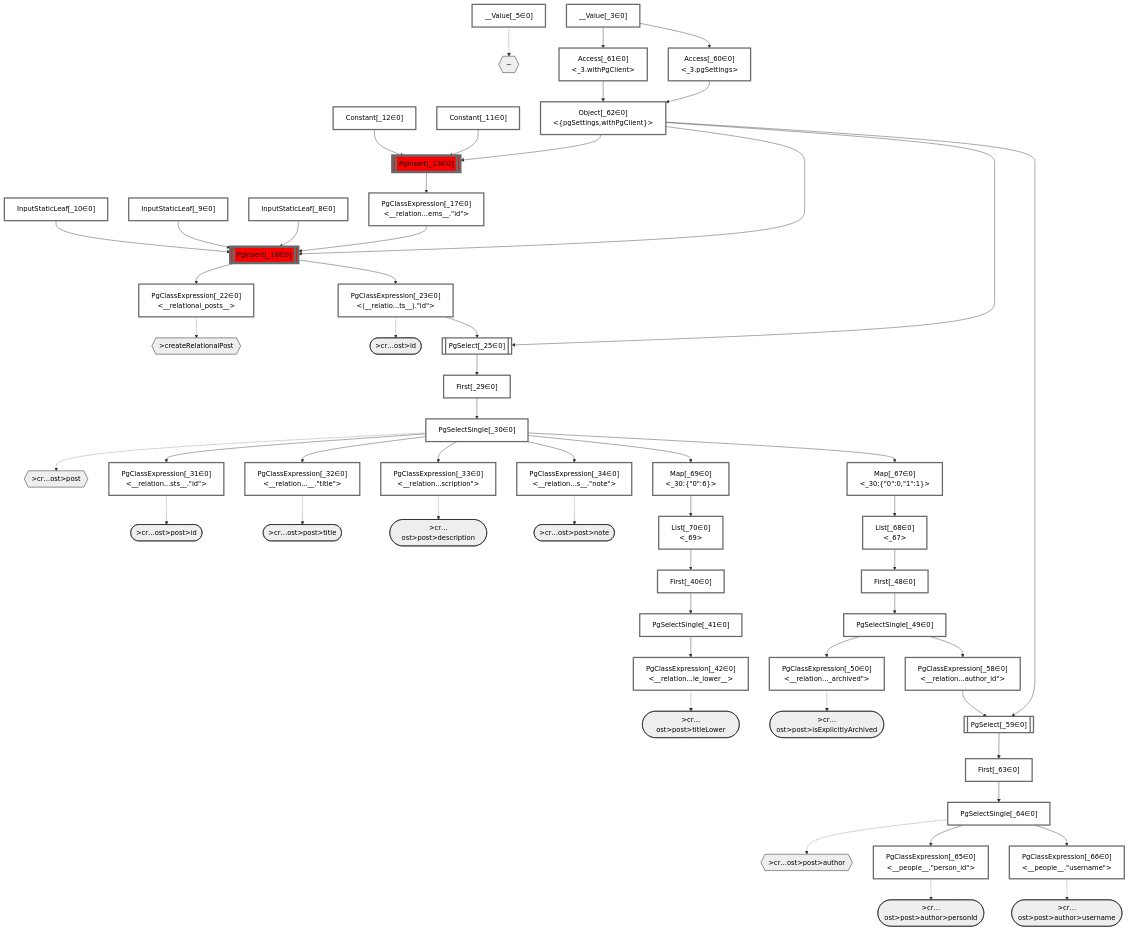
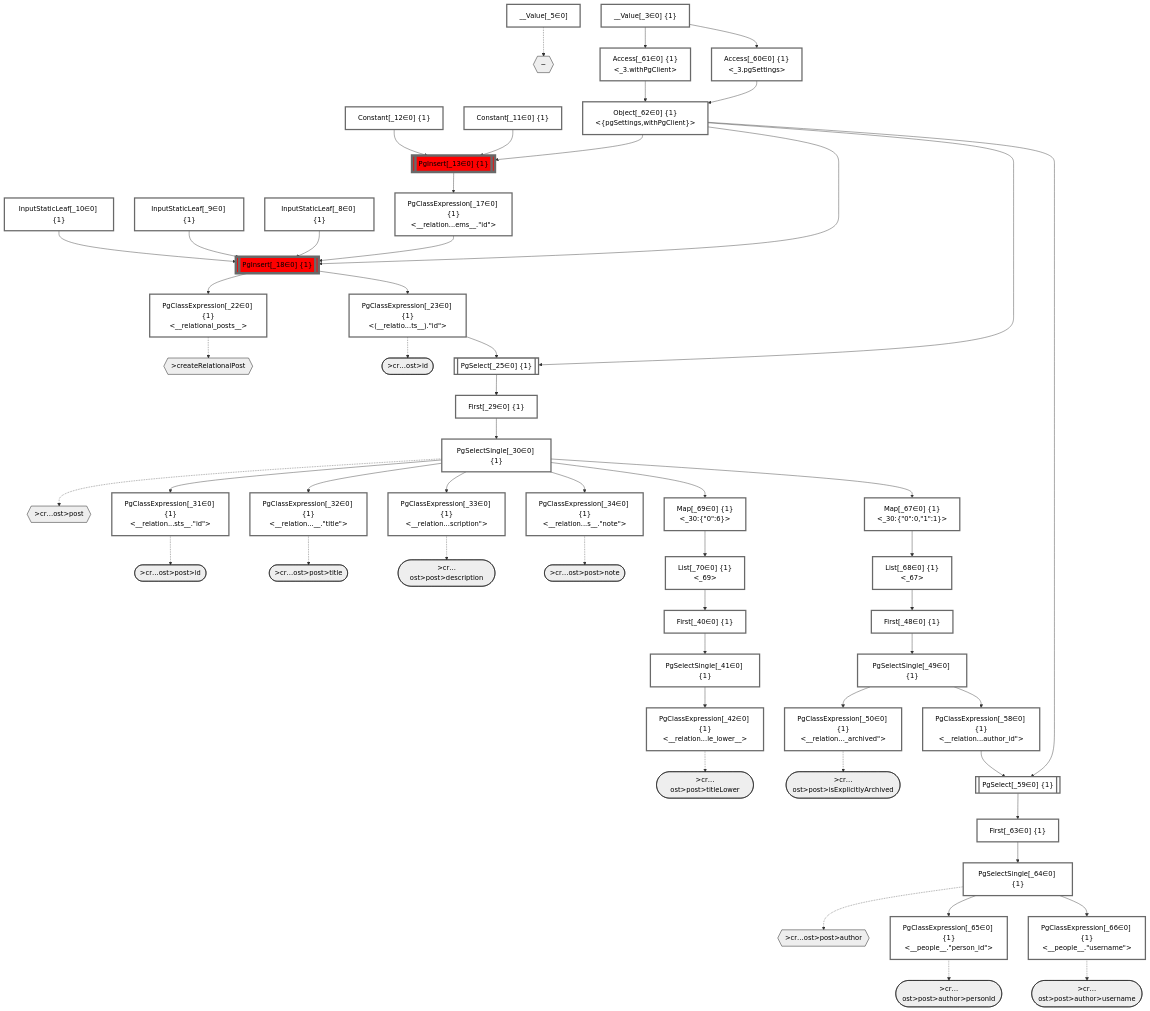
Before and after one commit to graphile/crystal: the diagram in packages/dataplan-pg/__tests__/mutations/basics/create-relational-post.deopt.mermaid.md, drawn with Mermaid. The commit also changed 46 other files, not shown here.

Commit message:
Add groupIds to plan graphs

```diff
--- a/packages/dataplan-pg/__tests__/mutations/basics/create-relational-post.deopt.mermaid.md
+++ b/packages/dataplan-pg/__tests__/mutations/basics/create-relational-post.deopt.mermaid.md
@@ -34,44 +34,44 @@
     %% end
 
     %% define plans
-    __Value_3["__Value[_3∈0]<br /><context>"]:::plan
+    __Value_3["__Value[_3∈0] {1}<br /><context>"]:::plan
     __Value_5["__Value[_5∈0]<br /><rootValue>"]:::plan
-    InputStaticLeaf_8["InputStaticLeaf[_8∈0]"]:::plan
-    InputStaticLeaf_9["InputStaticLeaf[_9∈0]"]:::plan
-    InputStaticLeaf_10["InputStaticLeaf[_10∈0]"]:::plan
-    Constant_11["Constant[_11∈0]"]:::plan
-    Constant_12["Constant[_12∈0]"]:::plan
-    PgInsert_13[["PgInsert[_13∈0]"]]:::sideeffectplan
-    PgClassExpression_17["PgClassExpression[_17∈0]<br /><__relation...ems__.#quot;id#quot;>"]:::plan
-    PgInsert_18[["PgInsert[_18∈0]"]]:::sideeffectplan
-    PgClassExpression_22["PgClassExpression[_22∈0]<br /><__relational_posts__>"]:::plan
-    PgClassExpression_23["PgClassExpression[_23∈0]<br /><(__relatio...ts__).#quot;id#quot;>"]:::plan
-    PgSelect_25[["PgSelect[_25∈0]<br /><relational_posts>"]]:::plan
-    First_29["First[_29∈0]"]:::plan
-    PgSelectSingle_30["PgSelectSingle[_30∈0]<br /><relational_posts>"]:::plan
-    PgClassExpression_31["PgClassExpression[_31∈0]<br /><__relation...sts__.#quot;id#quot;>"]:::plan
-    PgClassExpression_32["PgClassExpression[_32∈0]<br /><__relation...__.#quot;title#quot;>"]:::plan
-    PgClassExpression_33["PgClassExpression[_33∈0]<br /><__relation...scription#quot;>"]:::plan
-    PgClassExpression_34["PgClassExpression[_34∈0]<br /><__relation...s__.#quot;note#quot;>"]:::plan
-    First_40["First[_40∈0]"]:::plan
-    PgSelectSingle_41["PgSelectSingle[_41∈0]<br /><text>"]:::plan
-    PgClassExpression_42["PgClassExpression[_42∈0]<br /><__relation...le_lower__>"]:::plan
-    First_48["First[_48∈0]"]:::plan
-    PgSelectSingle_49["PgSelectSingle[_49∈0]<br /><relational_items>"]:::plan
-    PgClassExpression_50["PgClassExpression[_50∈0]<br /><__relation..._archived#quot;>"]:::plan
-    PgClassExpression_58["PgClassExpression[_58∈0]<br /><__relation...author_id#quot;>"]:::plan
-    PgSelect_59[["PgSelect[_59∈0]<br /><people>"]]:::plan
-    Access_60["Access[_60∈0]<br /><_3.pgSettings>"]:::plan
-    Access_61["Access[_61∈0]<br /><_3.withPgClient>"]:::plan
-    Object_62["Object[_62∈0]<br /><{pgSettings,withPgClient}>"]:::plan
-    First_63["First[_63∈0]"]:::plan
-    PgSelectSingle_64["PgSelectSingle[_64∈0]<br /><people>"]:::plan
-    PgClassExpression_65["PgClassExpression[_65∈0]<br /><__people__.#quot;person_id#quot;>"]:::plan
-    PgClassExpression_66["PgClassExpression[_66∈0]<br /><__people__.#quot;username#quot;>"]:::plan
-    Map_67["Map[_67∈0]<br /><_30:{#quot;0#quot;:0,#quot;1#quot;:1}>"]:::plan
-    List_68["List[_68∈0]<br /><_67>"]:::plan
-    Map_69["Map[_69∈0]<br /><_30:{#quot;0#quot;:6}>"]:::plan
-    List_70["List[_70∈0]<br /><_69>"]:::plan
+    InputStaticLeaf_8["InputStaticLeaf[_8∈0] {1}"]:::plan
+    InputStaticLeaf_9["InputStaticLeaf[_9∈0] {1}"]:::plan
+    InputStaticLeaf_10["InputStaticLeaf[_10∈0] {1}"]:::plan
+    Constant_11["Constant[_11∈0] {1}"]:::plan
+    Constant_12["Constant[_12∈0] {1}"]:::plan
+    PgInsert_13[["PgInsert[_13∈0] {1}"]]:::sideeffectplan
+    PgClassExpression_17["PgClassExpression[_17∈0] {1}<br /><__relation...ems__.#quot;id#quot;>"]:::plan
+    PgInsert_18[["PgInsert[_18∈0] {1}"]]:::sideeffectplan
+    PgClassExpression_22["PgClassExpression[_22∈0] {1}<br /><__relational_posts__>"]:::plan
+    PgClassExpression_23["PgClassExpression[_23∈0] {1}<br /><(__relatio...ts__).#quot;id#quot;>"]:::plan
+    PgSelect_25[["PgSelect[_25∈0] {1}<br /><relational_posts>"]]:::plan
+    First_29["First[_29∈0] {1}"]:::plan
+    PgSelectSingle_30["PgSelectSingle[_30∈0] {1}<br /><relational_posts>"]:::plan
+    PgClassExpression_31["PgClassExpression[_31∈0] {1}<br /><__relation...sts__.#quot;id#quot;>"]:::plan
+    PgClassExpression_32["PgClassExpression[_32∈0] {1}<br /><__relation...__.#quot;title#quot;>"]:::plan
+    PgClassExpression_33["PgClassExpression[_33∈0] {1}<br /><__relation...scription#quot;>"]:::plan
+    PgClassExpression_34["PgClassExpression[_34∈0] {1}<br /><__relation...s__.#quot;note#quot;>"]:::plan
+    First_40["First[_40∈0] {1}"]:::plan
+    PgSelectSingle_41["PgSelectSingle[_41∈0] {1}<br /><text>"]:::plan
+    PgClassExpression_42["PgClassExpression[_42∈0] {1}<br /><__relation...le_lower__>"]:::plan
+    First_48["First[_48∈0] {1}"]:::plan
+    PgSelectSingle_49["PgSelectSingle[_49∈0] {1}<br /><relational_items>"]:::plan
+    PgClassExpression_50["PgClassExpression[_50∈0] {1}<br /><__relation..._archived#quot;>"]:::plan
+    PgClassExpression_58["PgClassExpression[_58∈0] {1}<br /><__relation...author_id#quot;>"]:::plan
+    PgSelect_59[["PgSelect[_59∈0] {1}<br /><people>"]]:::plan
+    Access_60["Access[_60∈0] {1}<br /><_3.pgSettings>"]:::plan
+    Access_61["Access[_61∈0] {1}<br /><_3.withPgClient>"]:::plan
+    Object_62["Object[_62∈0] {1}<br /><{pgSettings,withPgClient}>"]:::plan
+    First_63["First[_63∈0] {1}"]:::plan
+    PgSelectSingle_64["PgSelectSingle[_64∈0] {1}<br /><people>"]:::plan
+    PgClassExpression_65["PgClassExpression[_65∈0] {1}<br /><__people__.#quot;person_id#quot;>"]:::plan
+    PgClassExpression_66["PgClassExpression[_66∈0] {1}<br /><__people__.#quot;username#quot;>"]:::plan
+    Map_67["Map[_67∈0] {1}<br /><_30:{#quot;0#quot;:0,#quot;1#quot;:1}>"]:::plan
+    List_68["List[_68∈0] {1}<br /><_67>"]:::plan
+    Map_69["Map[_69∈0] {1}<br /><_30:{#quot;0#quot;:6}>"]:::plan
+    List_70["List[_70∈0] {1}<br /><_69>"]:::plan
 
     %% plan dependencies
     Object_62 --> PgInsert_13
```
